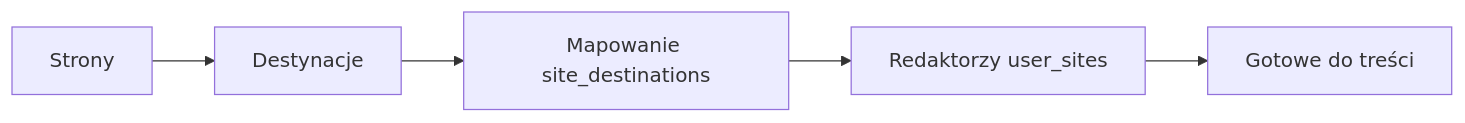
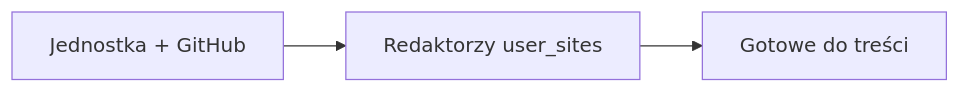
The diagram in docs/ADMIN.md (mbatorowicz/OmniPress), drawn with Mermaid before and after one commit. The commit also changed other lines of this file and 19 other files, not shown here.

````diff
--- a/docs/ADMIN.md
+++ b/docs/ADMIN.md
@@ -17,7 +13,5 @@
 ```mermaid
 flowchart LR
-  sites[Strony] --> dest[Destynacje]
-  dest --> map[Mapowanie site_destinations]
-  map --> editors[Redaktorzy user_sites]
+  unit[Jednostka + GitHub] --> editors[Redaktorzy user_sites]
   editors --> ready[Gotowe do treści]
 ```
````
